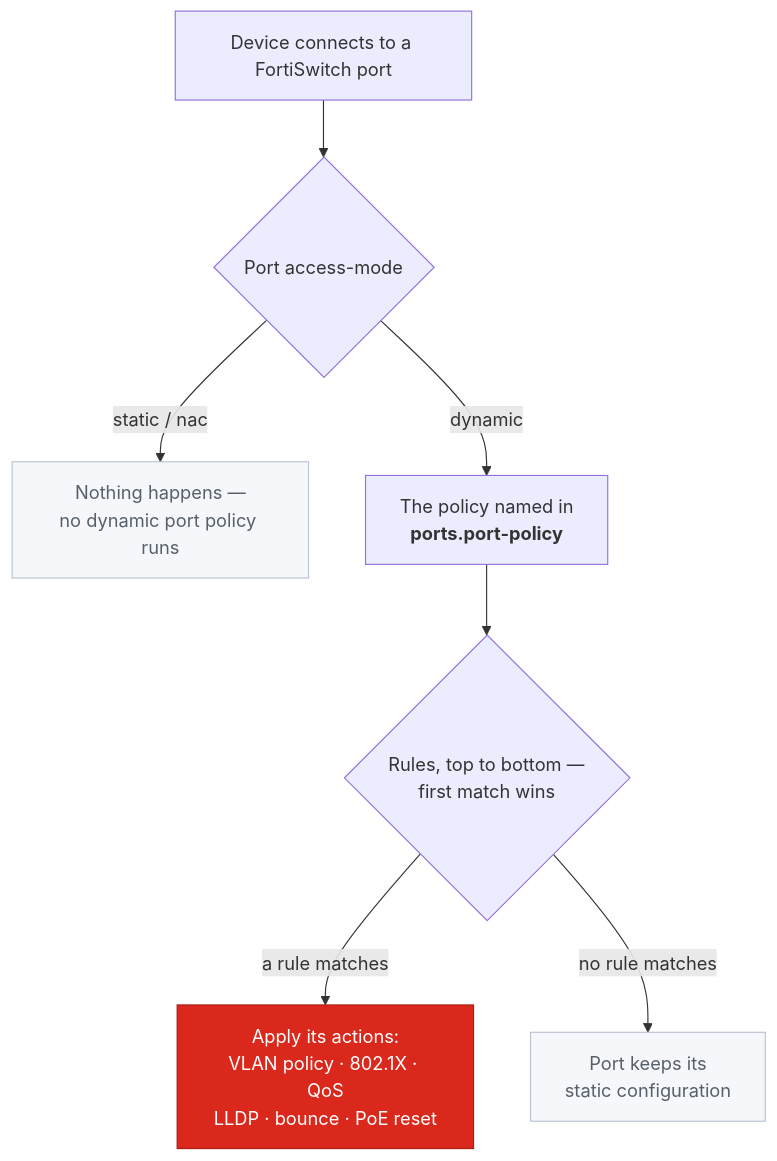
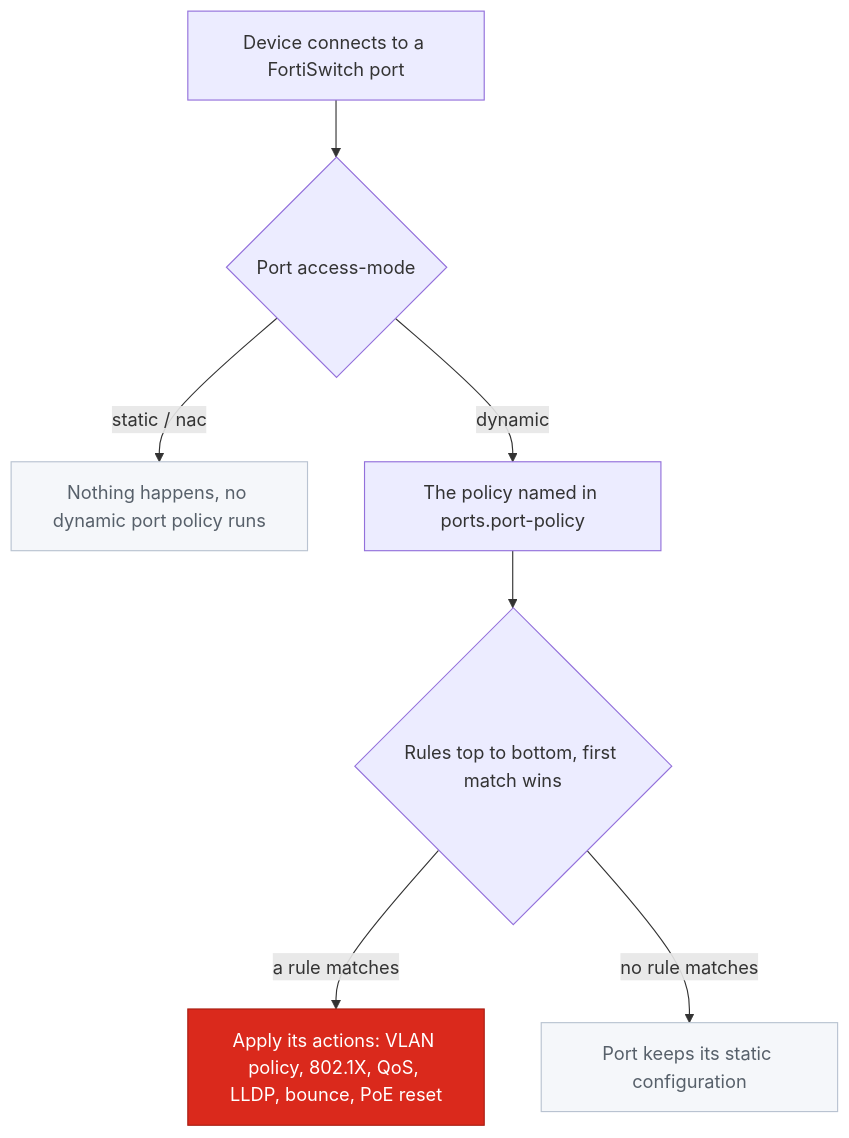
The diagram in README.md (xozy22/FortiLinkNACSuite), drawn with Mermaid before and after one commit.

Commit message:
Drop HTML from the mermaid labels
GitHub's mermaid sanitizer strips <br/> and <b> without inserting a space,
which rendered "QoSLLDP" and "inports.port-policy". Plain-text labels let
mermaid wrap them itself.

````diff
--- a/README.md
+++ b/README.md
@@ -103,13 +103,13 @@
 ```mermaid
 flowchart TD
   A["Device connects to a FortiSwitch port"] --> B{"Port access-mode"}
-  B -- "static / nac" --> Z["Nothing happens —<br/>no dynamic port policy runs"]
-  B -- "dynamic" --> C["The policy named in<br/><b>ports.port-policy</b>"]
-  C --> D{"Rules, top to bottom —<br/>first match wins"}
-  D -- "a rule matches" --> G["Apply its actions:<br/>VLAN policy · 802.1X · QoS<br/>LLDP · bounce · PoE reset"]
-  D -- "no rule matches" --> Y["Port keeps its<br/>static configuration"]
+  B -- "static / nac" --> Z["Nothing happens, no dynamic port policy runs"]
+  B -- "dynamic" --> C["The policy named in ports.port-policy"]
+  C --> D{"Rules top to bottom, first match wins"}
+  D -- "a rule matches" --> G["Apply its actions: VLAN policy, 802.1X, QoS, LLDP, bounce, PoE reset"]
+  D -- "no rule matches" --> Y["Port keeps its static configuration"]
 
   style G fill:#da291c,stroke:#a81d12,color:#fff
   style Z fill:#f5f7fa,stroke:#b9c3d1,color:#57606a
   style Y fill:#f5f7fa,stroke:#b9c3d1,color:#57606a
 ```
````
